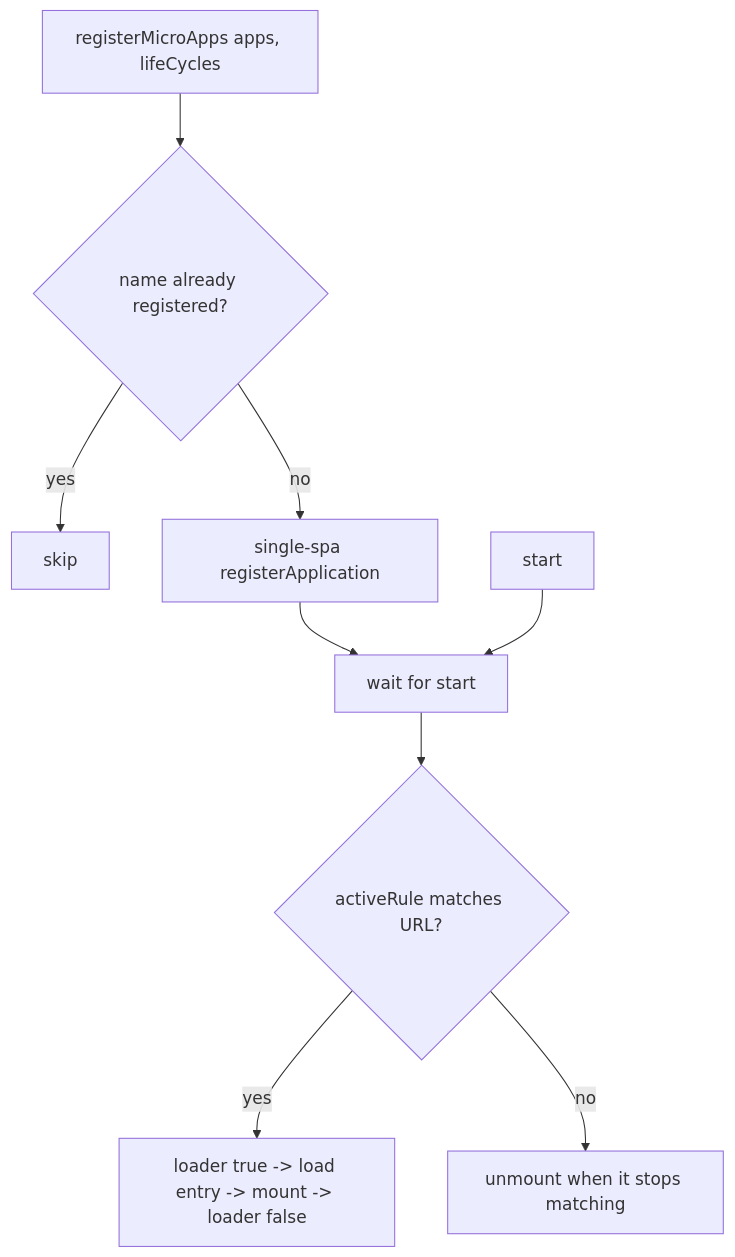
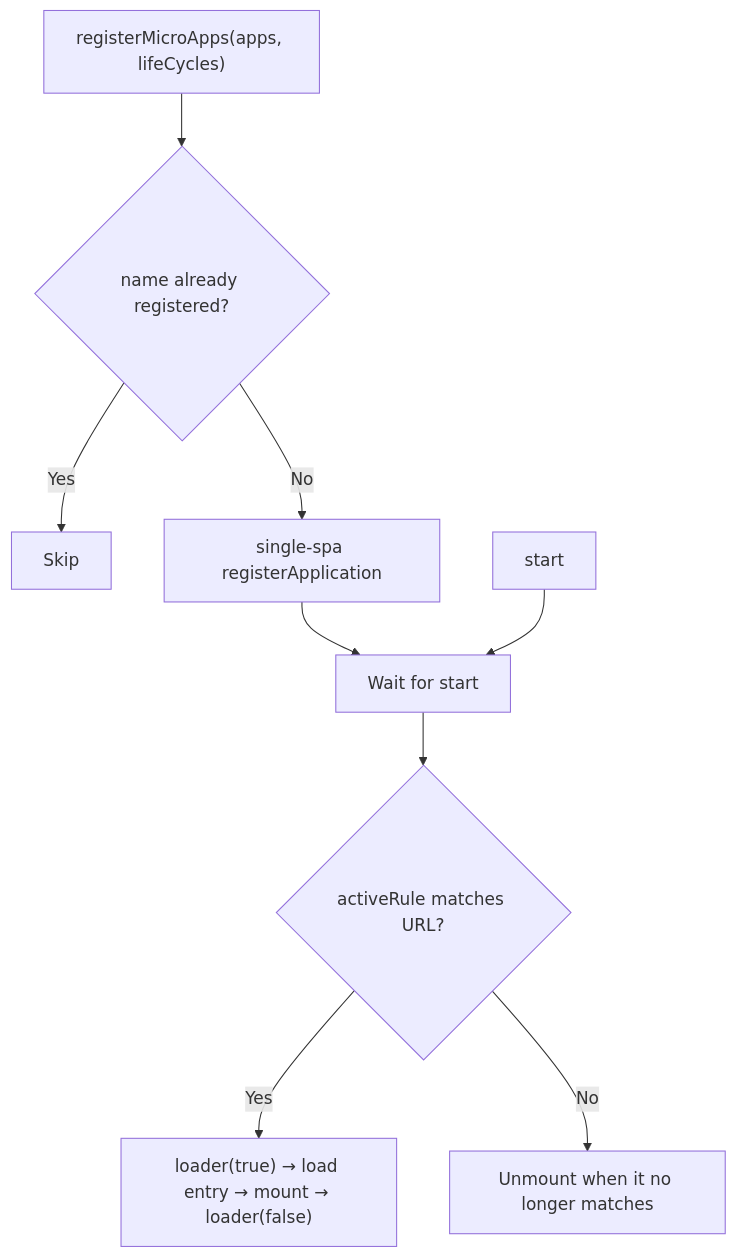
One commit to umijs/qiankun changed the diagram in docs/api/register-micro-apps.md. Above: the diagram before and after it, drawn with Mermaid. The commit also changed other lines of this file and 63 other files, not shown here.

````diff
--- a/docs/api/register-micro-apps.md
+++ b/docs/api/register-micro-apps.md
@@ -106,11 +106,11 @@
 ```mermaid
 flowchart TD
-  A[registerMicroApps apps, lifeCycles] --> B{name already registered?}
-  B -- yes --> C[skip]
-  B -- no --> D[single-spa registerApplication]
-  D --> E[wait for start]
-  F[start] --> E
-  E --> G{activeRule matches URL?}
-  G -- yes --> H[loader true -> load entry -> mount -> loader false]
-  G -- no --> I[unmount when it stops matching]
+  A["registerMicroApps(apps, lifeCycles)"] --> B{"name already registered?"}
+  B -- Yes --> C["Skip"]
+  B -- No --> D["single-spa registerApplication"]
+  D --> E["Wait for start"]
+  F["start"] --> E
+  E --> G{"activeRule matches URL?"}
+  G -- Yes --> H["loader(true) → load entry → mount → loader(false)"]
+  G -- No --> I["Unmount when it no longer matches"]
 ```
````
